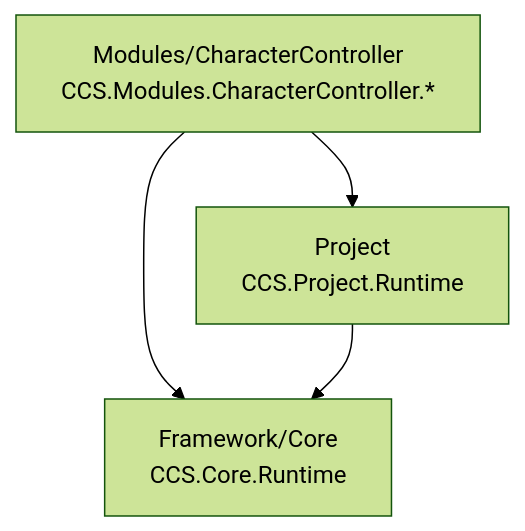
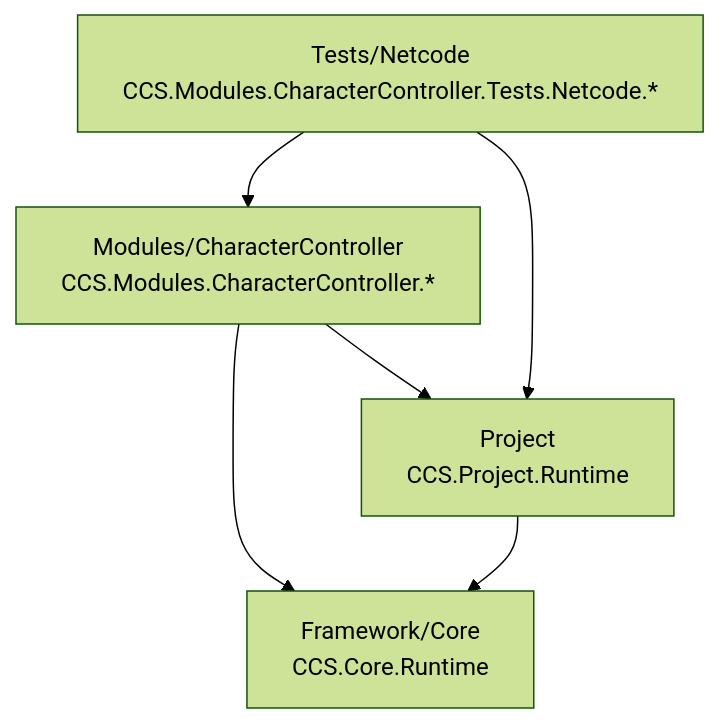
The diagram in Assets/CCS/FOLDER_STRUCTURE.md (Crazy-Carrot-Studios/ccs-survival), drawn with Mermaid (forest theme) before and after one commit. The commit also changed other lines of this file and 19 other files, not shown here.

Commit message:
v0.2.4 Clean character controller foundation docs and prefab references

````diff
--- a/Assets/CCS/FOLDER_STRUCTURE.md
+++ b/Assets/CCS/FOLDER_STRUCTURE.md
@@ -106,10 +119,13 @@
 ```mermaid
 flowchart TD
     Core["Framework/Core\nCCS.Core.Runtime"]
     Project["Project\nCCS.Project.Runtime"]
     CC["Modules/CharacterController\nCCS.Modules.CharacterController.*"]
+    Netcode["Tests/Netcode\nCCS.Modules.CharacterController.Tests.Netcode.*"]
 
     CC --> Project
     CC --> Core
+    Netcode --> CC
+    Netcode --> Project
     Project --> Core
 ```
````
